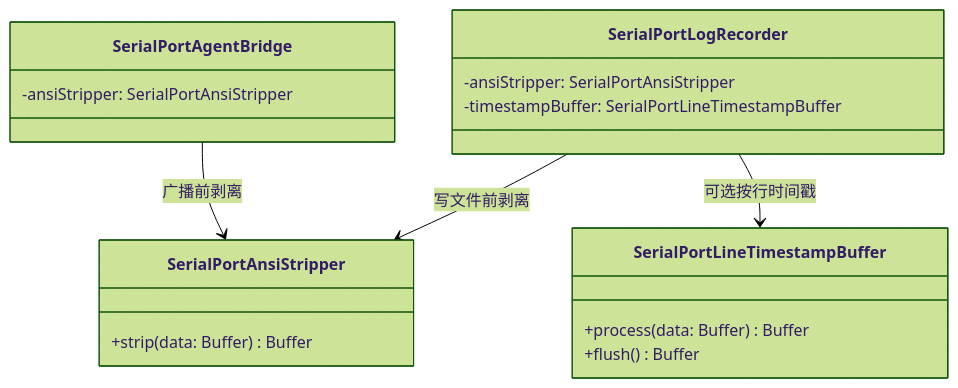
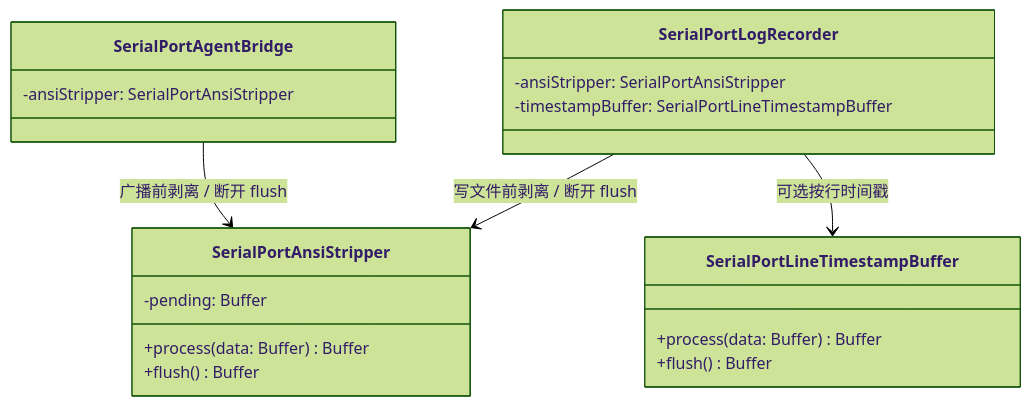
One commit to ziqiang-zhu/vscode-serial-port-terminal changed the diagram in doc/ConsumerDesign/SerialPortDataParsers设计.md. Above: the diagram before and after it, drawn with Mermaid (forest theme). The commit also changed other lines of this file and 13 other files, not shown here.

````diff
--- a/doc/ConsumerDesign/SerialPortDataParsers设计.md
+++ b/doc/ConsumerDesign/SerialPortDataParsers设计.md
@@ -60,20 +61,22 @@
 ```mermaid
 classDiagram
     class SerialPortAnsiStripper {
-        +strip(data: Buffer) Buffer
+        -pending: Buffer
+        +process(data: Buffer) Buffer
+        +flush() Buffer
     }
     class SerialPortLineTimestampBuffer {
         +process(data: Buffer) Buffer
         +flush() Buffer
     }
     class SerialPortLogRecorder {
         -ansiStripper: SerialPortAnsiStripper
         -timestampBuffer: SerialPortLineTimestampBuffer
     }
     class SerialPortAgentBridge {
         -ansiStripper: SerialPortAnsiStripper
     }
-    SerialPortLogRecorder --> SerialPortAnsiStripper : 写文件前剥离
+    SerialPortLogRecorder --> SerialPortAnsiStripper : 写文件前剥离 / 断开 flush
     SerialPortLogRecorder --> SerialPortLineTimestampBuffer : 可选按行时间戳
-    SerialPortAgentBridge --> SerialPortAnsiStripper : 广播前剥离
+    SerialPortAgentBridge --> SerialPortAnsiStripper : 广播前剥离 / 断开 flush
 ```
````
